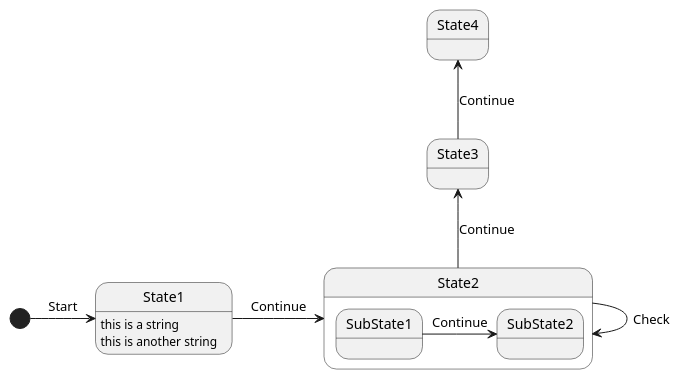
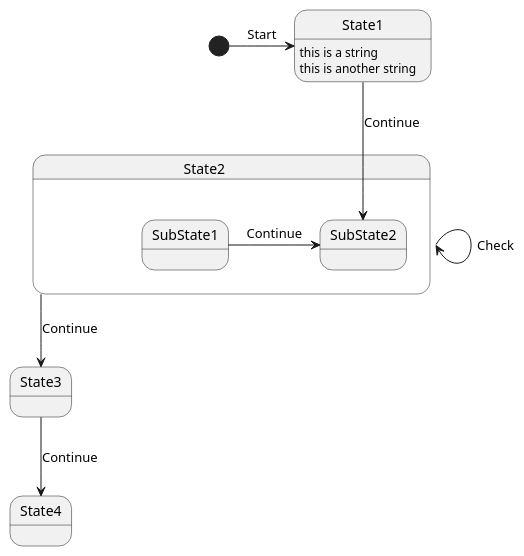
One commit to vrenken/EtAlii.Generators changed the diagram in Source/EtAlii.Generators.Stateless.Tests/MyNestedStateMachine1.puml. Above: the diagram before and after it, drawn with PlantUML. The commit also changed 10 other files, not shown here.

```diff
--- a/Source/EtAlii.Generators.Stateless.Tests/MyNestedStateMachine1.puml
+++ b/Source/EtAlii.Generators.Stateless.Tests/MyNestedStateMachine1.puml
@@ -1,17 +1,17 @@
 @startuml
 'stateless namespace EtAlii.Generators.Stateless.Tests
 'stateless class MyNestedStateMachine1Base
 'stateless generate partial
 'stateless using System.Text
 
 [*] -> State1 << (string name) >> : Start
 State1 : this is a string
 State1 : this is another string
-State1 -> State2 : Continue
 state State2 {
     State2 -> State2 << (string name) >> : Check
     SubState1 -> SubState2 : Continue
 }
-State2 -up-> State3 : Continue
-State3 -up-> State4 << async >> : Continue
+State1 --> SubState2 : Continue
+State2 --> State3 : Continue
+State3 --> State4 << async >> : Continue
 @enduml
```
